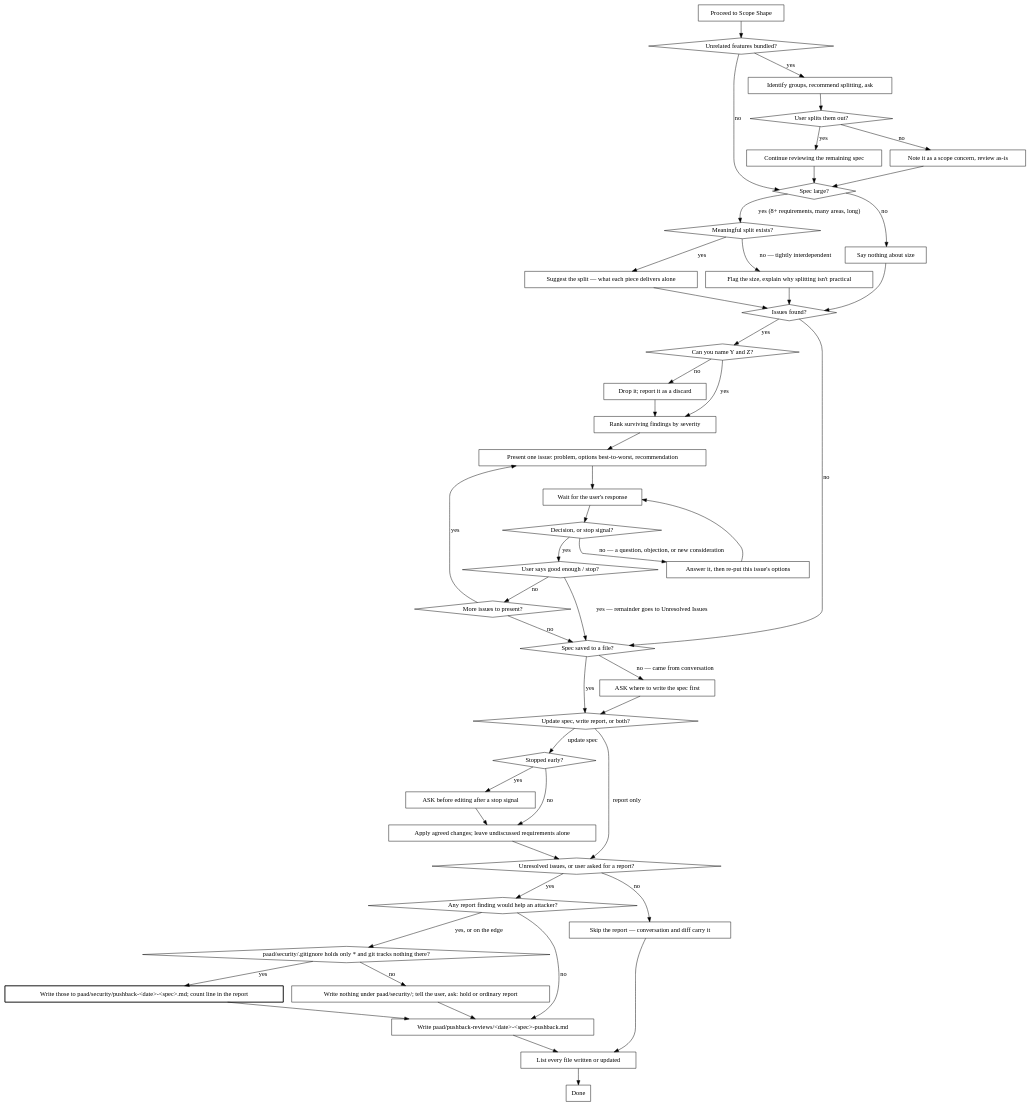
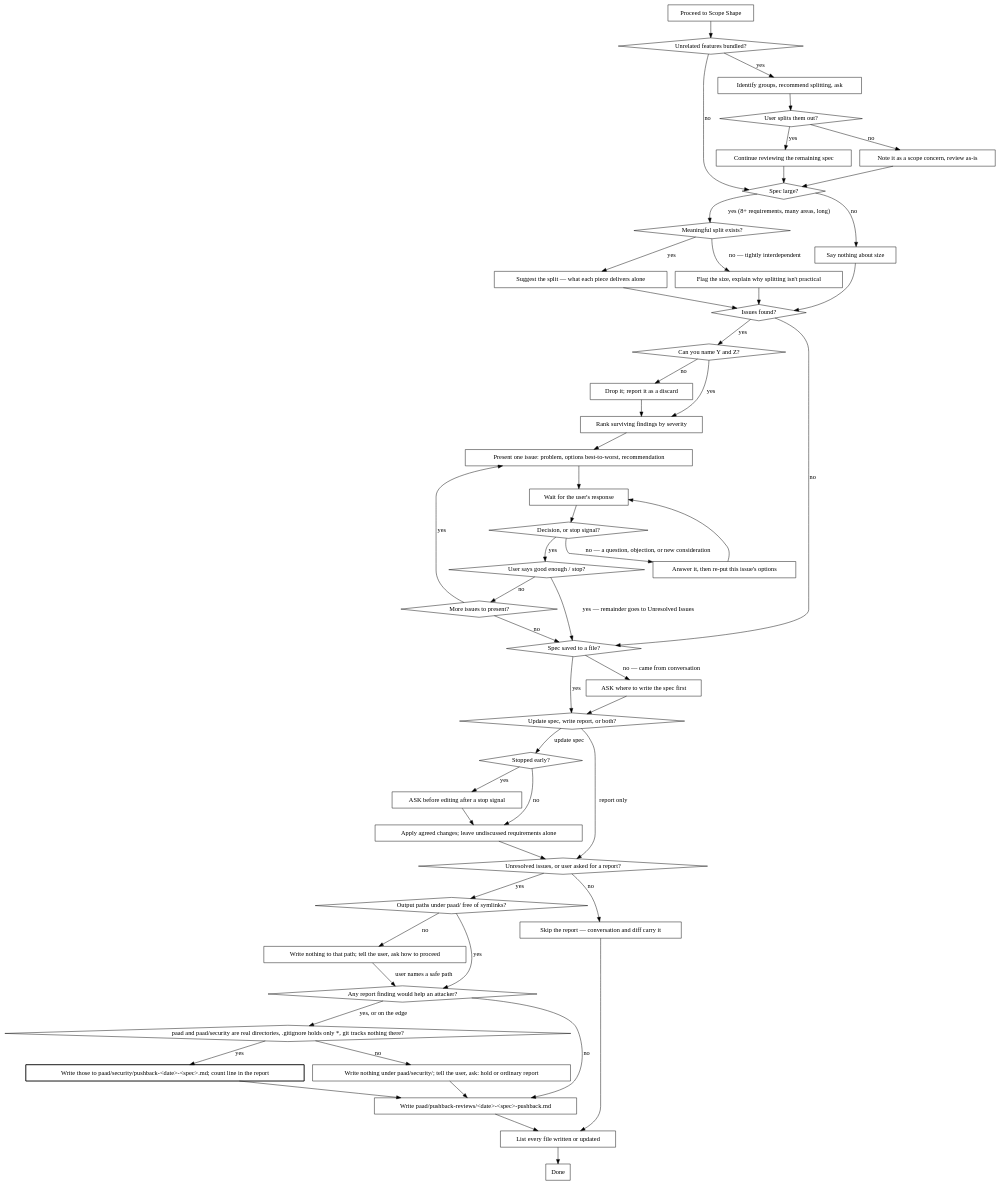
The second of 2 diagrams in preview/paad/skills/pushback/SKILL.md (Ovid/paad), drawn with Graphviz before and after one commit. The commit also changed other lines of this file and 12 other files, not shown here.

````diff
--- a/preview/paad/skills/pushback/SKILL.md
+++ b/preview/paad/skills/pushback/SKILL.md
@@ -87,9 +89,11 @@
   "ASK where to write the spec first" [shape=box];
   "ASK before editing after a stop signal" [shape=box];
   "Apply agreed changes; leave undiscussed requirements alone" [shape=box];
+  "Output paths under paad/ free of symlinks?" [shape=diamond];
+  "Write nothing to that path; tell the user, ask how to proceed" [shape=box];
   "Any report finding would help an attacker?" [shape=diamond];
   "Write those to paad/security/pushback-<date>-<spec>.md; count line in the report" [shape=box, style=bold];
-  "paad/security/.gitignore holds only * and git tracks nothing there?" [shape=diamond];
+  "paad and paad/security are real directories, .gitignore holds only *, git tracks nothing there?" [shape=diamond];
   "Write nothing under paad/security/; tell the user, ask: hold or ordinary report" [shape=box];
   "Write paad/pushback-reviews/<date>-<spec>-pushback.md" [shape=box];
   "Skip the report — conversation and diff carry it" [shape=box];
@@ -139,16 +143,19 @@
   "Stopped early?" -> "Apply agreed changes; leave undiscussed requirements alone" [label="no"];
   "ASK before editing after a stop signal" -> "Apply agreed changes; leave undiscussed requirements alone";
   "Apply agreed changes; leave undiscussed requirements alone" -> "Unresolved issues, or user asked for a report?";
-  "Unresolved issues, or user asked for a report?" -> "Any report finding would help an attacker?" [label="yes"];
-  "Any report finding would help an attacker?" -> "paad/security/.gitignore holds only * and git tracks nothing there?" [label="yes, or on the edge"];
+  "Unresolved issues, or user asked for a report?" -> "Output paths under paad/ free of symlinks?" [label="yes"];
+  "Any report finding would help an attacker?" -> "paad and paad/security are real directories, .gitignore holds only *, git tracks nothing there?" [label="yes, or on the edge"];
   "Any report finding would help an attacker?" -> "Write paad/pushback-reviews/<date>-<spec>-pushback.md" [label="no"];
   "Write those to paad/security/pushback-<date>-<spec>.md; count line in the report" -> "Write paad/pushback-reviews/<date>-<spec>-pushback.md";
-  "paad/security/.gitignore holds only * and git tracks nothing there?" -> "Write those to paad/security/pushback-<date>-<spec>.md; count line in the report" [label="yes"];
-  "paad/security/.gitignore holds only * and git tracks nothing there?" -> "Write nothing under paad/security/; tell the user, ask: hold or ordinary report" [label="no"];
+  "paad and paad/security are real directories, .gitignore holds only *, git tracks nothing there?" -> "Write those to paad/security/pushback-<date>-<spec>.md; count line in the report" [label="yes"];
+  "paad and paad/security are real directories, .gitignore holds only *, git tracks nothing there?" -> "Write nothing under paad/security/; tell the user, ask: hold or ordinary report" [label="no"];
   "Write nothing under paad/security/; tell the user, ask: hold or ordinary report" -> "Write paad/pushback-reviews/<date>-<spec>-pushback.md";
   "Unresolved issues, or user asked for a report?" -> "Skip the report — conversation and diff carry it" [label="no"];
   "Write paad/pushback-reviews/<date>-<spec>-pushback.md" -> "List every file written or updated";
   "Skip the report — conversation and diff carry it" -> "List every file written or updated";
   "List every file written or updated" -> "Done";
+  "Output paths under paad/ free of symlinks?" -> "Any report finding would help an attacker?" [label="yes"];
+  "Output paths under paad/ free of symlinks?" -> "Write nothing to that path; tell the user, ask how to proceed" [label="no"];
+  "Write nothing to that path; tell the user, ask how to proceed" -> "Any report finding would help an attacker?" [label="user names a safe path"];
 }
 ```
````
